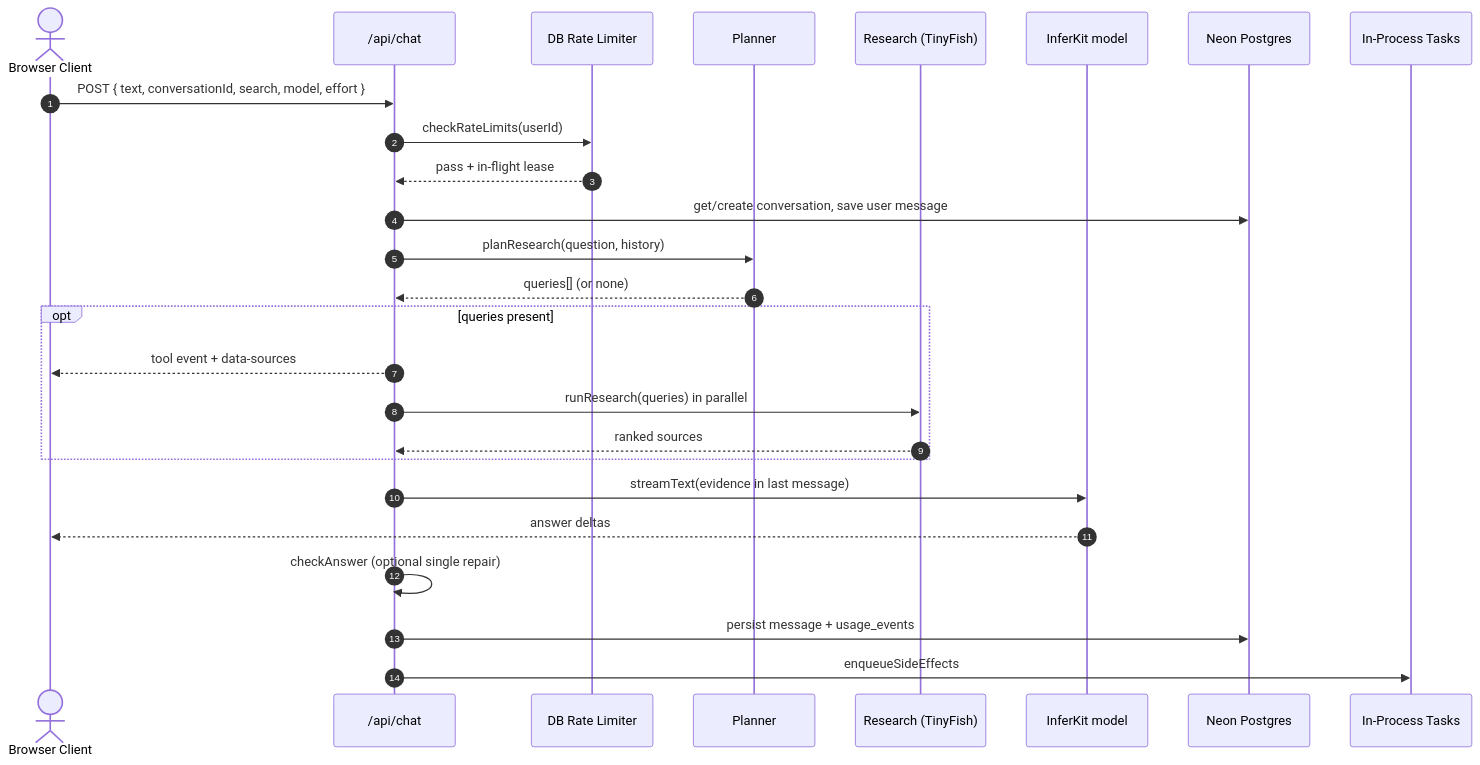
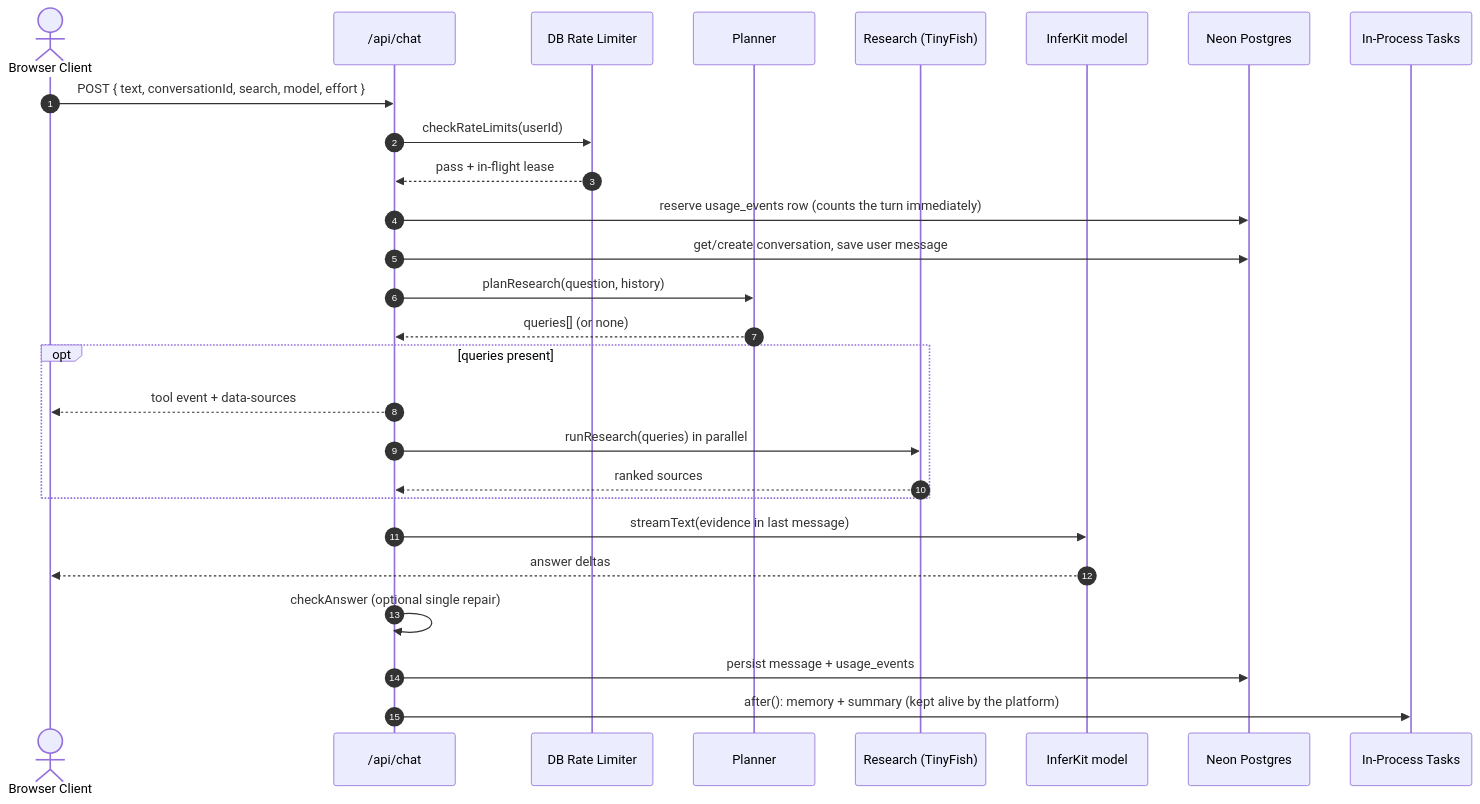
Before and after one commit to heysagnik/lyra: the third of 5 diagrams in DESIGN.md, drawn with Mermaid. The commit also changed other lines of this file and 19 other files, not shown here.

````diff
--- a/DESIGN.md
+++ b/DESIGN.md
@@ -155,29 +155,30 @@
 ```mermaid
 sequenceDiagram
     autonumber
     actor User as Browser Client
     participant API as /api/chat
     participant Rate as DB Rate Limiter
     participant Plan as Planner
     participant Res as Research (TinyFish)
     participant LLM as InferKit model
     participant DB as Neon Postgres
     participant BG as In-Process Tasks
 
     User->>API: POST { text, conversationId, search, model, effort }
     API->>Rate: checkRateLimits(userId)
     Rate-->>API: pass + in-flight lease
+    API->>DB: reserve usage_events row (counts the turn immediately)
     API->>DB: get/create conversation, save user message
     API->>Plan: planResearch(question, history)
     Plan-->>API: queries[] (or none)
     opt queries present
         API-->>User: tool event + data-sources
         API->>Res: runResearch(queries) in parallel
         Res-->>API: ranked sources
     end
     API->>LLM: streamText(evidence in last message)
     LLM-->>User: answer deltas
     API->>API: checkAnswer (optional single repair)
     API->>DB: persist message + usage_events
-    API->>BG: enqueueSideEffects
+    API->>BG: after(): memory + summary (kept alive by the platform)
 ```
````
